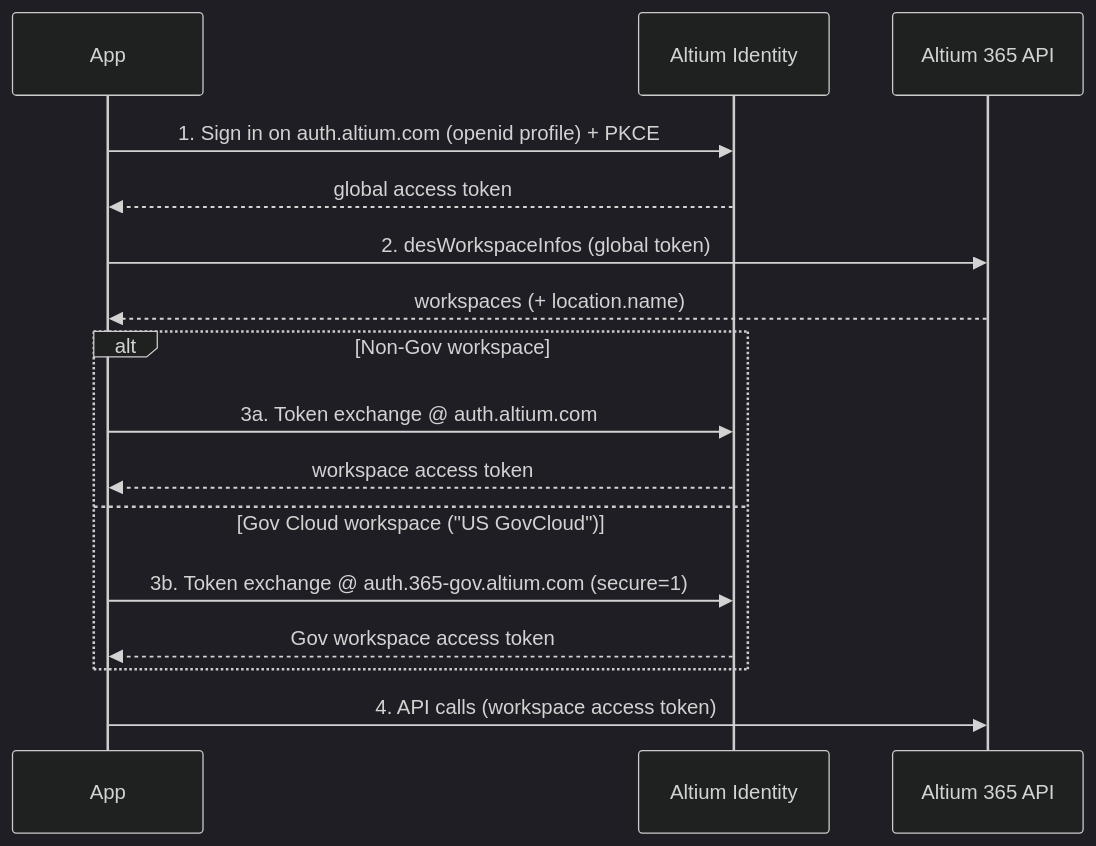
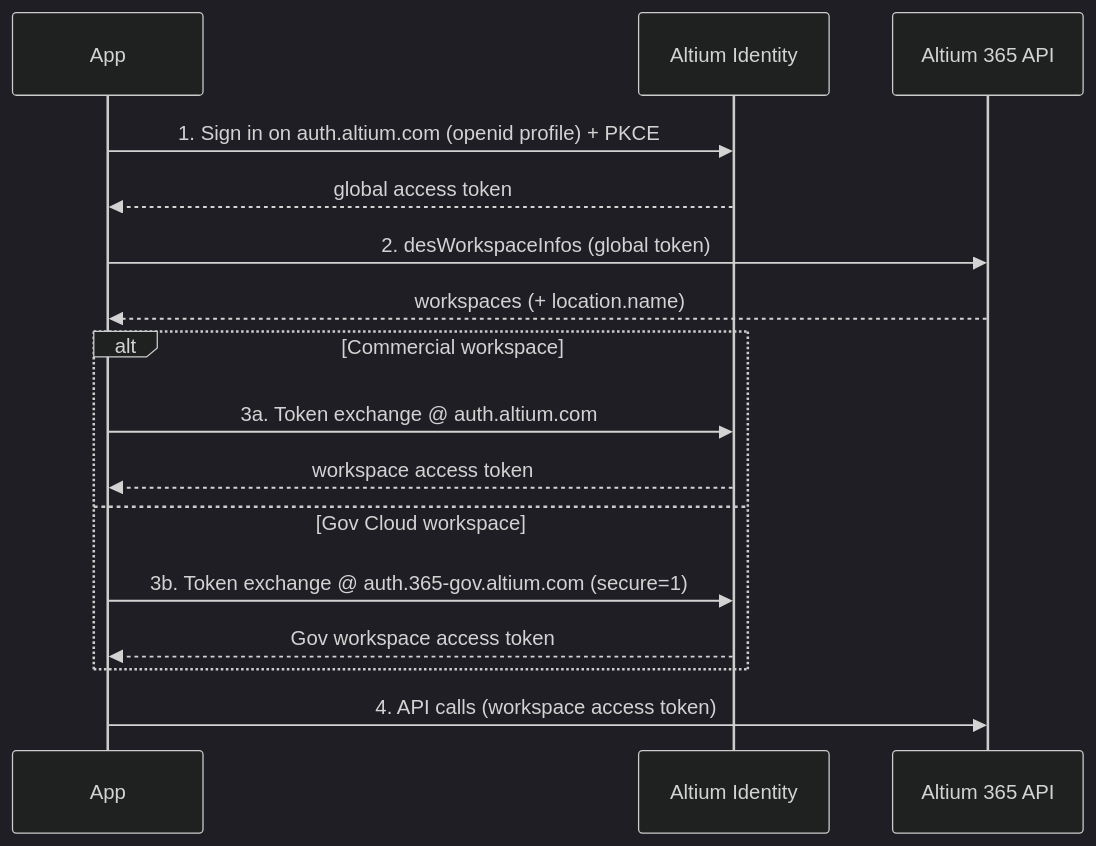
One commit to AltiumDeveloper/altium-auth changed the diagram in docs/guides/overview.md. Above: the diagram before and after it, drawn with Mermaid (dark theme). The commit also changed other lines of this file and 7 other files, not shown here.

````diff
--- a/docs/guides/overview.md
+++ b/docs/guides/overview.md
@@ -64,18 +48,18 @@
 ```mermaid
 sequenceDiagram
     participant App
     participant Identity as Altium Identity
     participant API as Altium 365 API
     App->>Identity: 1. Sign in on auth.altium.com (openid profile) + PKCE
     Identity-->>App: global access token
     App->>API: 2. desWorkspaceInfos (global token)
     API-->>App: workspaces (+ location.name)
-    alt Non-Gov workspace
+    alt Commercial workspace
         App->>Identity: 3a. Token exchange @ auth.altium.com
         Identity-->>App: workspace access token
-    else Gov Cloud workspace ("US GovCloud")
+    else Gov Cloud workspace
         App->>Identity: 3b. Token exchange @ auth.365-gov.altium.com (secure=1)
         Identity-->>App: Gov workspace access token
     end
     App->>API: 4. API calls (workspace access token)
 ```
````
